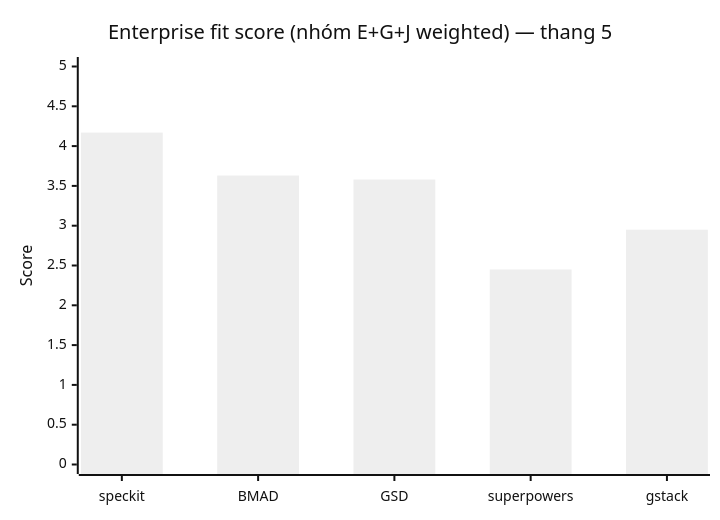
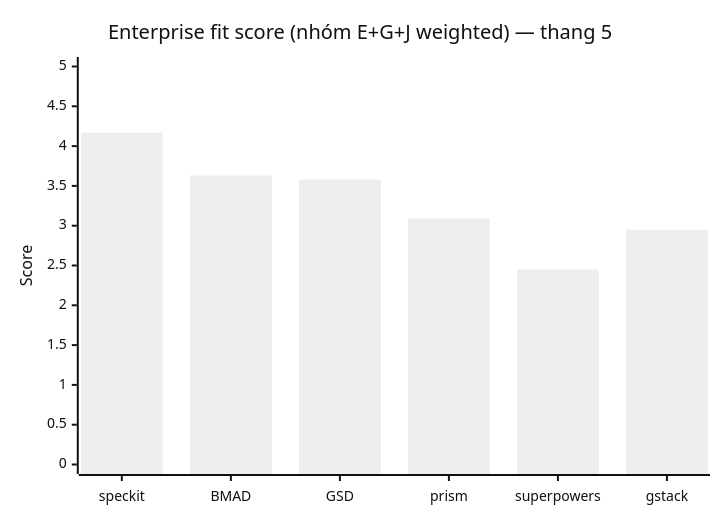
Before and after one commit to miendinh/vibecode-frame-compare: the eighth of 11 diagrams in README.md, drawn with Mermaid (neutral theme). The commit also changed other lines of this file, not shown here.

````diff
--- a/README.md
+++ b/README.md
@@ -610,7 +687,7 @@
 ```mermaid
 xychart-beta
     title "Enterprise fit score (nhóm E+G+J weighted) — thang 5"
-    x-axis [speckit, BMAD, GSD, superpowers, gstack]
+    x-axis [speckit, BMAD, GSD, prism, superpowers, gstack]
     y-axis "Score" 0 --> 5
-    bar [4.17, 3.63, 3.58, 2.45, 2.95]
+    bar [4.17, 3.63, 3.58, 3.09, 2.45, 2.95]
 ```
````
